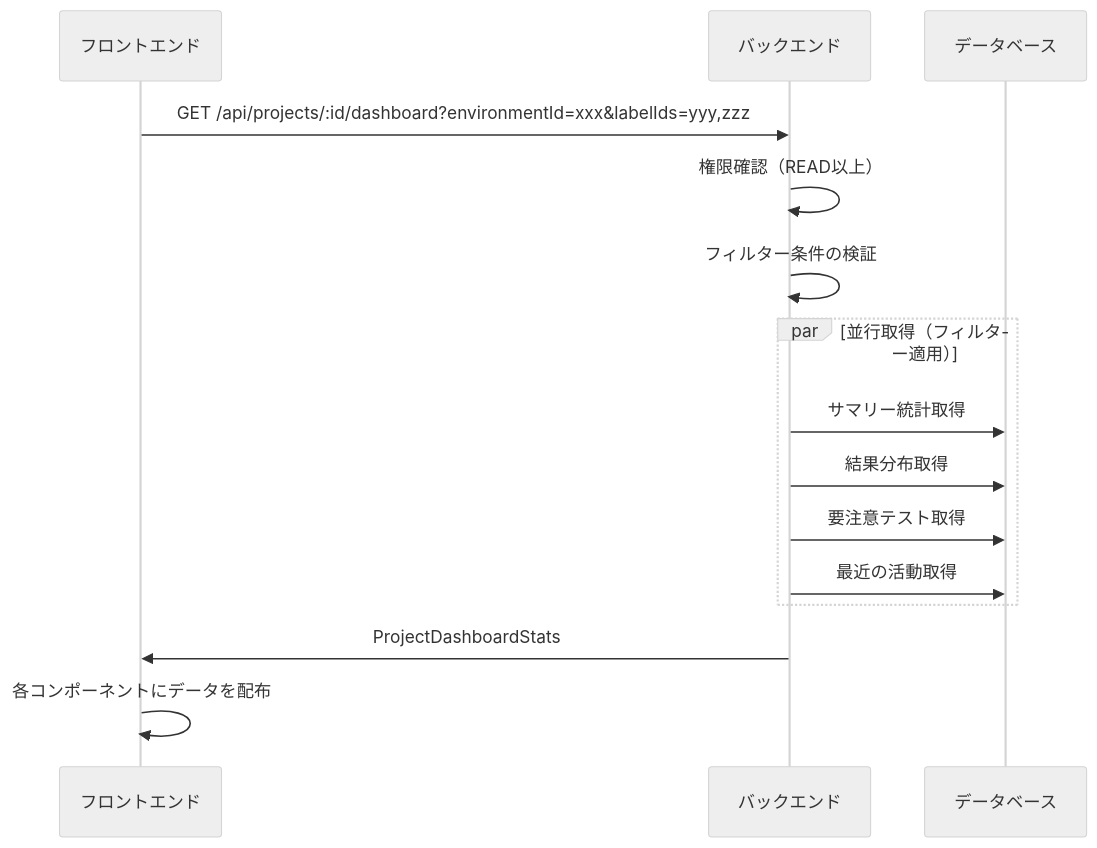
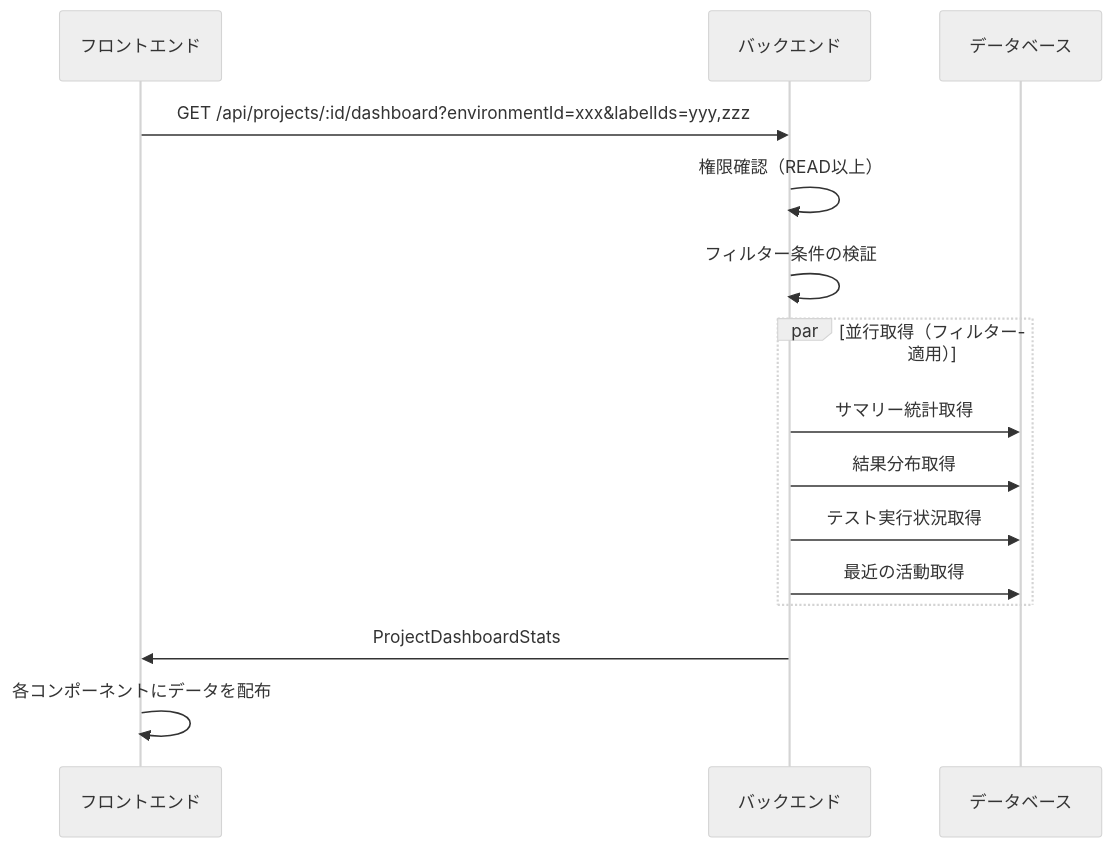
Before and after one commit to tsutsumi389/agentest: the diagram in docs/architecture/features/project-dashboard.md, drawn with Mermaid (neutral theme). The commit also changed other lines of this file and 1 other file, not shown here.

````diff
--- a/docs/architecture/features/project-dashboard.md
+++ b/docs/architecture/features/project-dashboard.md
@@ -114,20 +124,20 @@
 ```mermaid
 sequenceDiagram
     participant F as フロントエンド
     participant B as バックエンド
     participant DB as データベース
 
     F->>B: GET /api/projects/:id/dashboard?environmentId=xxx&labelIds=yyy,zzz
     B->>B: 権限確認（READ以上）
     B->>B: フィルター条件の検証
 
     par 並行取得（フィルター適用）
         B->>DB: サマリー統計取得
         B->>DB: 結果分布取得
-        B->>DB: 要注意テスト取得
+        B->>DB: テスト実行状況取得
         B->>DB: 最近の活動取得
     end
 
     B->>F: ProjectDashboardStats
     F->>F: 各コンポーネントにデータを配布
 ```
````
